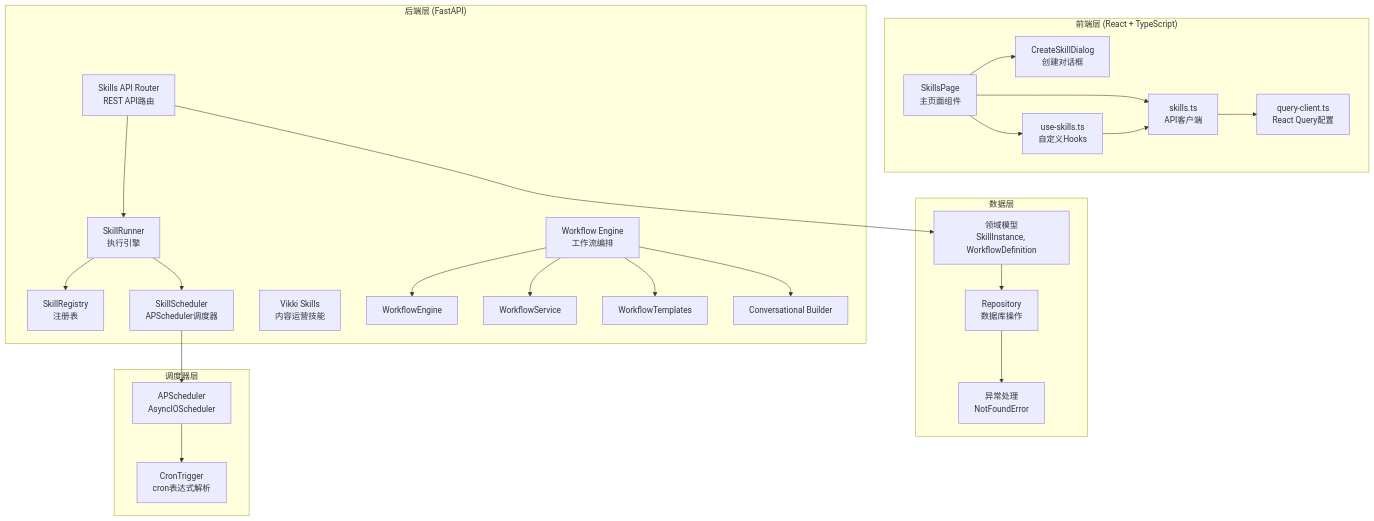
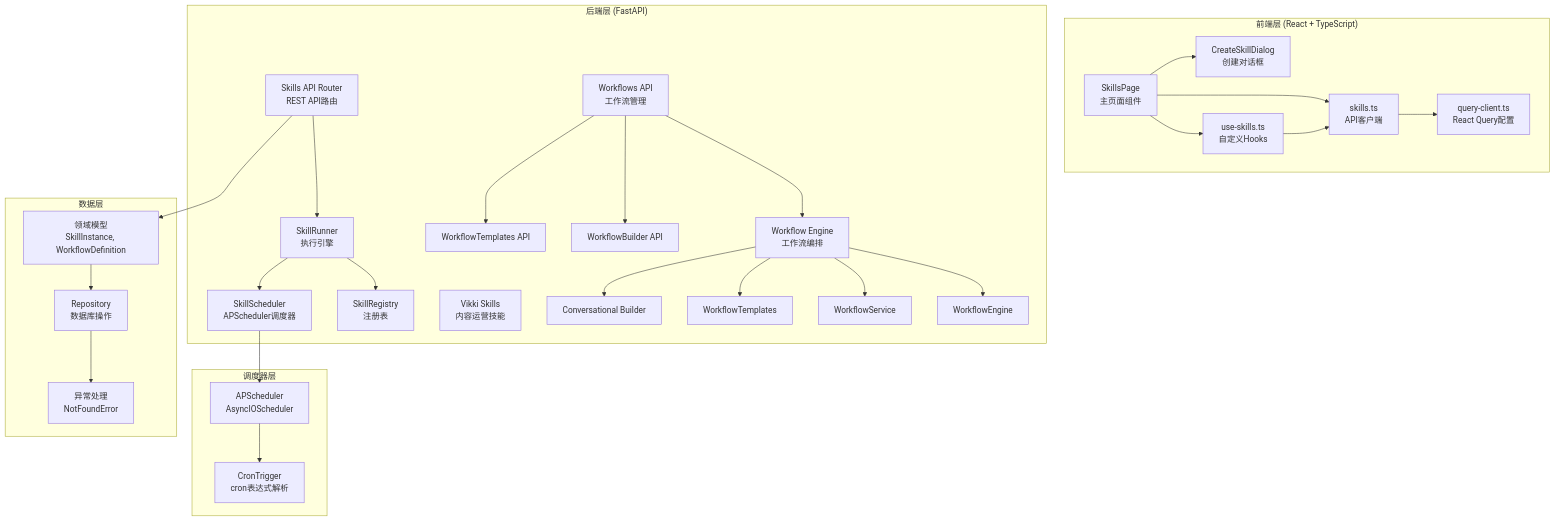
One commit to jackeyunjie/open-notebook changed the second of 48 diagrams in .qoder/repowiki/zh/content/项目概述/核心功能特性/技能系统/技能系统.md. Above: the diagram before and after it, drawn with Mermaid. The commit also changed other lines of this file and 89 other files, not shown here.

````diff
--- a/.qoder/repowiki/zh/content/项目概述/核心功能特性/技能系统/技能系统.md
+++ b/.qoder/repowiki/zh/content/项目概述/核心功能特性/技能系统/技能系统.md
@@ -259,44 +290,48 @@
 ```mermaid
 graph TB
 subgraph "前端层 (React + TypeScript)"
 Frontend[SkillsPage<br/>主页面组件]
 Dialog[CreateSkillDialog<br/>创建对话框]
 API[skills.ts<br/>API客户端]
 Hooks[use-skills.ts<br/>自定义Hooks]
 Query[query-client.ts<br/>React Query配置]
 Frontend --> Dialog
 Frontend --> API
 Frontend --> Hooks
 API --> Query
 Hooks --> API
 end
 subgraph "后端层 (FastAPI)"
 APIRouter[Skills API Router<br/>REST API路由]
 Runner[SkillRunner<br/>执行引擎]
 Registry[SkillRegistry<br/>注册表]
 Scheduler[SkillScheduler<br/>APScheduler调度器]
 Vikki[Vikki Skills<br/>内容运营技能]
 Workflows[Workflow Engine<br/>工作流编排]
 Workflows --> Engine[WorkflowEngine]
 Workflows --> Service[WorkflowService]
 Workflows --> Templates[WorkflowTemplates]
 Workflows --> Conversational[Conversational Builder]
+WorkflowsAPI[Workflows API<br/>工作流管理]
+WorkflowsAPI --> Workflows
+WorkflowsAPI --> Builder[WorkflowBuilder API]
+WorkflowsAPI --> TemplatesAPI[WorkflowTemplates API]
 end
 subgraph "数据层"
 Domain[领域模型<br/>SkillInstance, WorkflowDefinition]
 Repository[Repository<br/>数据库操作]
 Exceptions[异常处理<br/>NotFoundError]
 end
 subgraph "调度器层"
 APScheduler[APScheduler<br/>AsyncIOScheduler]
 CronTrigger[CronTrigger<br/>cron表达式解析]
 end
 APIRouter --> Runner
 Runner --> Registry
 Runner --> Scheduler
 Scheduler --> APScheduler
 APScheduler --> CronTrigger
 APIRouter --> Domain
 Domain --> Repository
 Repository --> Exceptions
 ```
````
